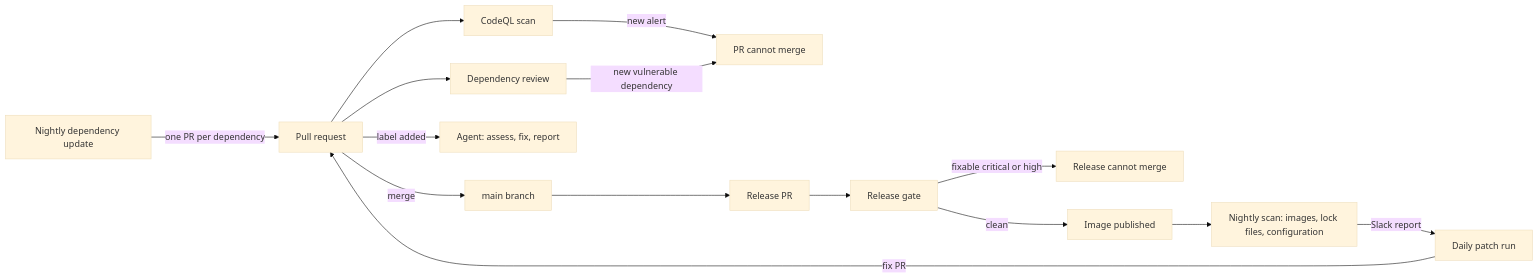
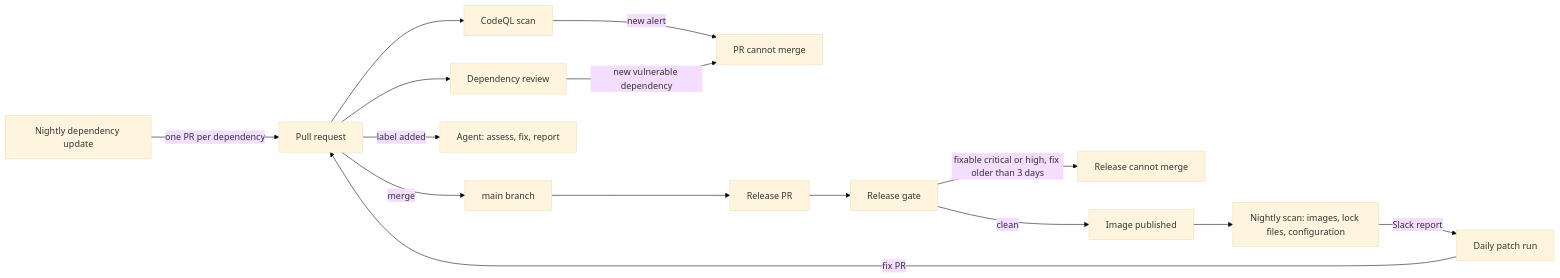
The diagram in SECURITY-PROCESS.md (Unique-AG/connectors), drawn with Mermaid (base theme) before and after one commit. The commit also changed other lines of this file and 3 other files, not shown here.

````diff
--- a/SECURITY-PROCESS.md
+++ b/SECURITY-PROCESS.md
@@ -9,17 +9,17 @@
 ```mermaid
 flowchart LR
   pr[Pull request] --> codeql[CodeQL scan]
   pr --> review[Dependency review]
   codeql -->|new alert| prStop[PR cannot merge]
   review -->|new vulnerable dependency| prStop
   nightlyUpdate[Nightly dependency update] -->|one PR per dependency| pr
   pr -->|label added| agent[Agent: assess, fix, report]
   pr -->|merge| main[main branch]
   main --> releasePr[Release PR]
   releasePr --> gate[Release gate]
-  gate -->|fixable critical or high| relStop[Release cannot merge]
+  gate -->|fixable critical or high, fix older than 3 days| relStop[Release cannot merge]
   gate -->|clean| published[Image published]
   published --> nightlyScan["Nightly scan: images, lock files, configuration"]
   nightlyScan -->|Slack report| patchRun[Daily patch run]
   patchRun -->|fix PR| pr
 ```
````
